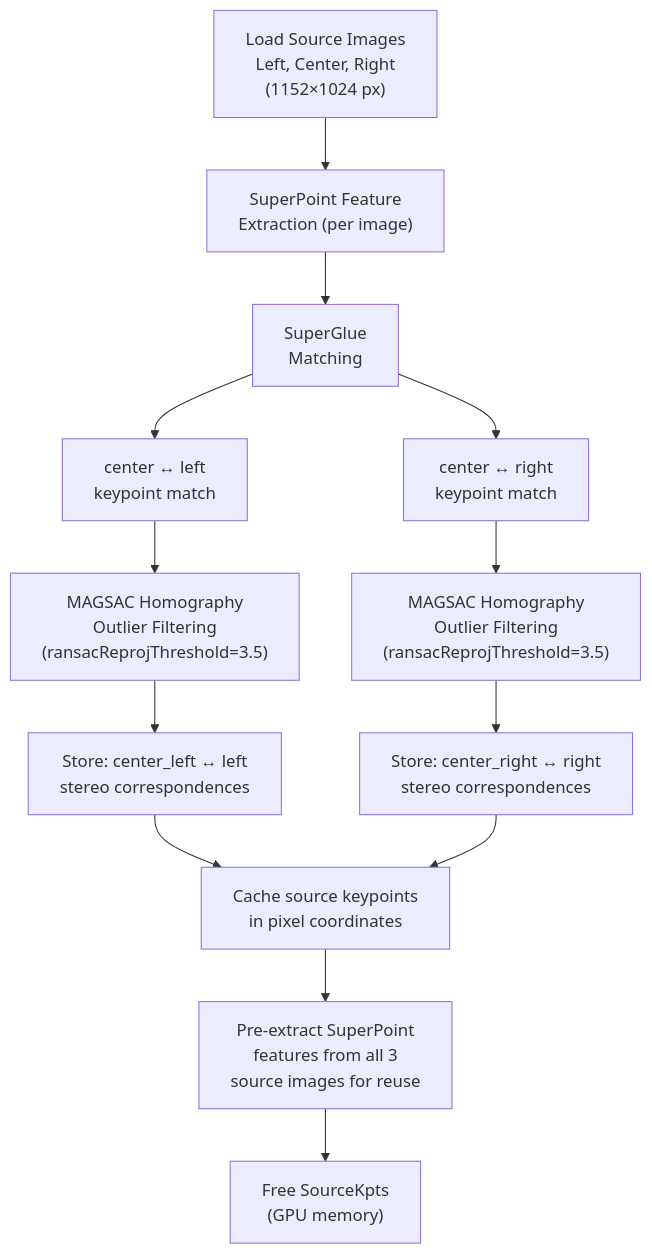
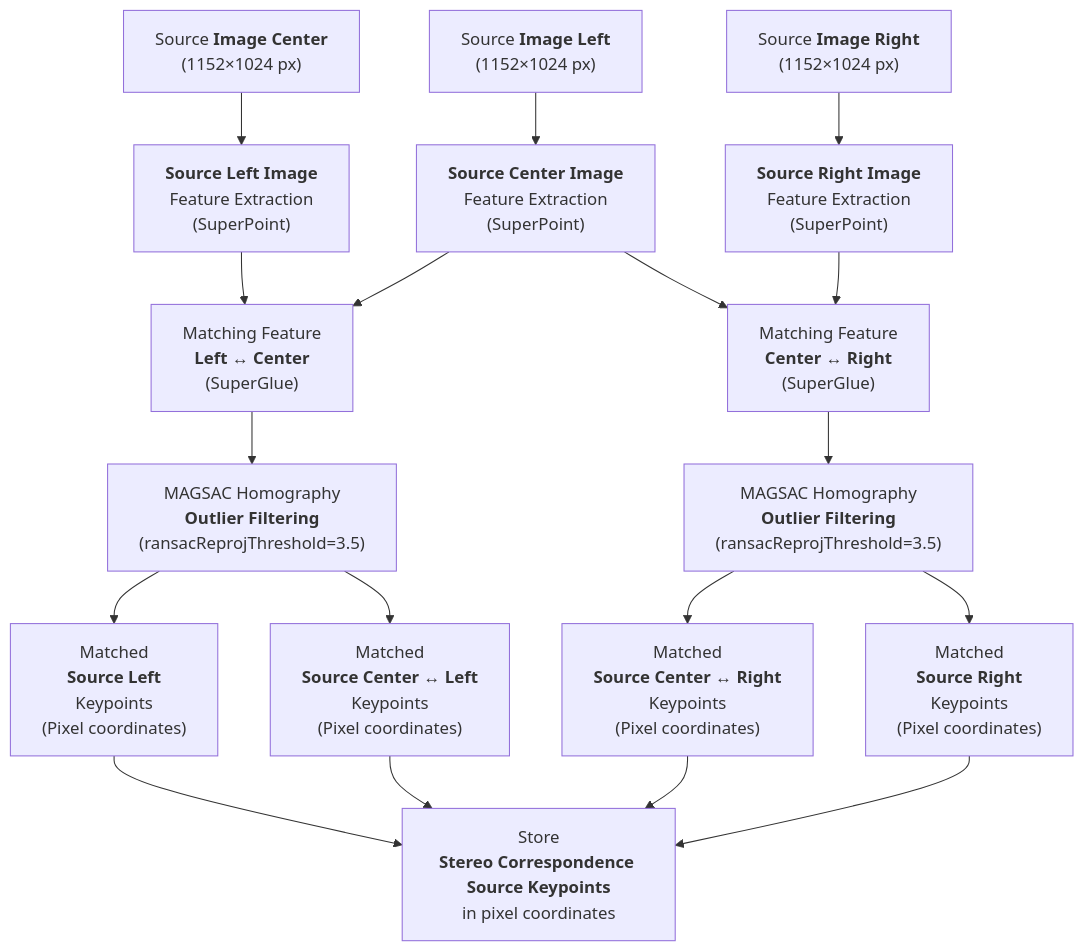
One commit to MarkusNguyen/Visual-Servoing-Paper changed the second of 3 diagrams in README.md. Above: the diagram before and after it, drawn with Mermaid. The commit also changed other lines of this file and 1 other file, not shown here.

````diff
--- a/README.md
+++ b/README.md
@@ -47,15 +48,32 @@
 ```mermaid
 flowchart TD
-    A["Load Source Images<br/>Left, Center, Right<br/>(1152×1024 px)"] --> B["SuperPoint Feature<br/>Extraction (per image)"]
-    B --> C["SuperGlue<br/>Matching"]
-    C --> C1["center ↔ left<br/>keypoint match"]
-    C --> C2["center ↔ right<br/>keypoint match"]
-    C1 --> D1["MAGSAC Homography<br/>Outlier Filtering<br/>(ransacReprojThreshold=3.5)"]
-    C2 --> D2["MAGSAC Homography<br/>Outlier Filtering<br/>(ransacReprojThreshold=3.5)"]
-    D1 --> E1["Store: center_left ↔ left<br/>stereo correspondences"]
-    D2 --> E2["Store: center_right ↔ right<br/>stereo correspondences"]
-    E1 --> F["Cache source keypoints<br/>in pixel coordinates"]
+    A["Source <b>Image Left</b><br/>(1152×1024 px)"]
+    A1["Source <b>Image Center</b><br/>(1152×1024 px)"]
+    A2["Source <b>Image Right</b><br/>(1152×1024 px)"]
+
+    A --> B["<b>Source Center Image</b><br/>Feature Extraction<br/>(SuperPoint)"]
+    A1 --> B1["<b>Source Left Image</b><br/>Feature Extraction<br/>(SuperPoint)"]
+    A2 --> B2["<b>Source Right Image</b><br/>Feature Extraction<br/>(SuperPoint)"]
+
+    C["Matching Feature</br><b>Left ↔ Center</b></br>(SuperGlue)"]
+    C1["Matching Feature</br><b>Center ↔ Right</b></br>(SuperGlue)"]
+    B --> C
+    B1 --> C    
+    B2 --> C1
+    B --> C1
+
+    C --> D["MAGSAC Homography<br/><b>Outlier Filtering</b><br/>(ransacReprojThreshold=3.5)"]
+    C1 --> D1["MAGSAC Homography<br/><b>Outlier Filtering</b><br/>(ransacReprojThreshold=3.5)"]
+    
+    D --> E["Matched<br/><b>Source Left</b><br/>Keypoints</br>(Pixel coordinates)"]
+    D --> E1["Matched<br/><b>Source Center ↔ Left</b><br/>Keypoints</br>(Pixel coordinates)"]
+    D1 --> E2["Matched<br/><b>Source Center ↔ Right</b><br/>Keypoints</br>(Pixel coordinates)"]
+    D1 --> E3["Matched<br/><b>Source Right</b><br/>Keypoints</br>(Pixel coordinates)"]
+
+    F["Store</br><b>Stereo Correspondence Source Keypoints</b><br/>in pixel coordinates"]
+    E --> F
+    E1 --> F
     E2 --> F
-    F --> G["Pre-extract SuperPoint<br/>features from all 3<br/>source images for reuse"]
-    G --> H["Free SourceKpts<br/>(GPU memory)"]
+    E3 --> F
+    
 ```
````
